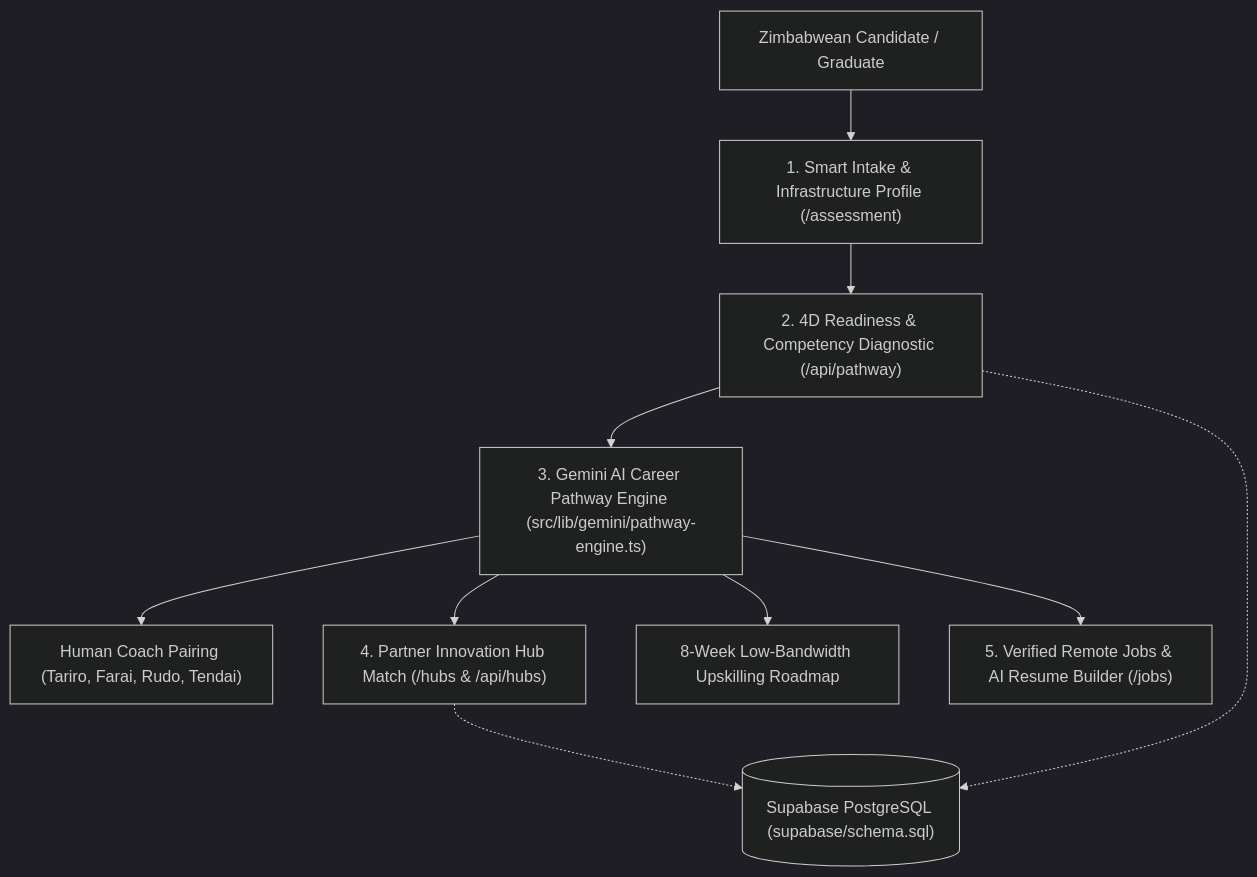
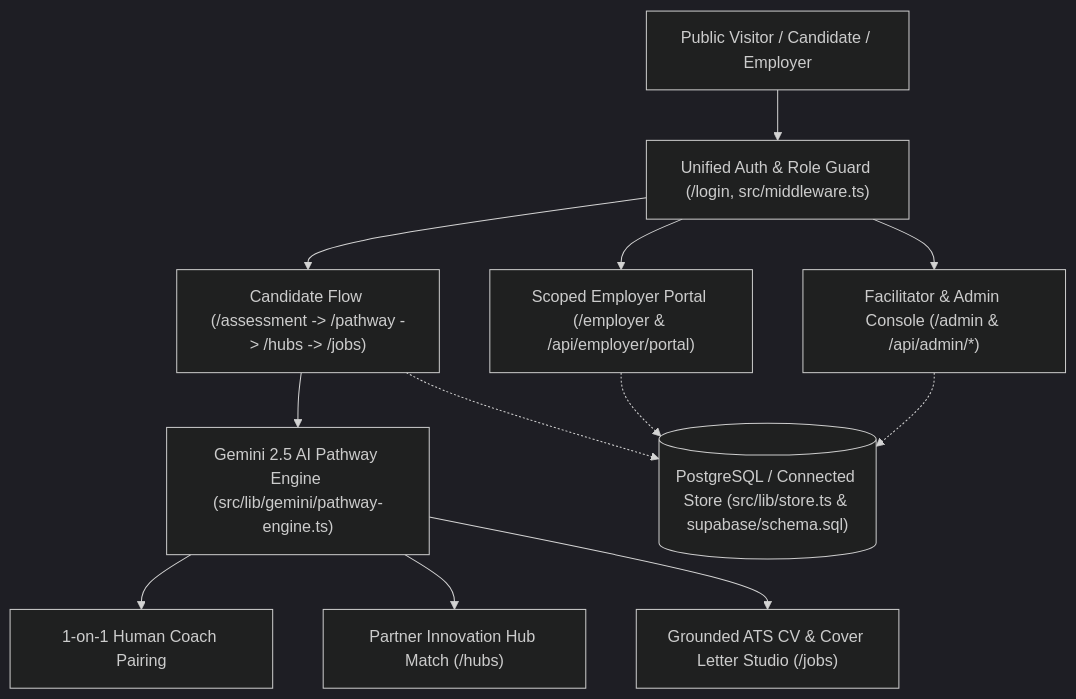
The diagram in docs/ARCHITECTURE_AND_TEAM_GUIDE.md (mangezi64/utare-zisedu-mvp), drawn with Mermaid (dark theme) before and after one commit. The commit also changed other lines of this file and 19 other files, not shown here.

````diff
--- a/docs/ARCHITECTURE_AND_TEAM_GUIDE.md
+++ b/docs/ARCHITECTURE_AND_TEAM_GUIDE.md
@@ -9,14 +9,16 @@
 ```mermaid
 flowchart TD
-    Candidate["Zimbabwean Candidate / Graduate"] --> Intake["1. Smart Intake & Infrastructure Profile (/assessment)"]
-    Intake --> Diagnostic["2. 4D Readiness & Competency Diagnostic (/api/pathway)"]
-    Diagnostic --> Engine["3. Gemini AI Career Pathway Engine (src/lib/gemini/pathway-engine.ts)"]
-    
-    Engine --> Coach["Human Coach Pairing (Tariro, Farai, Rudo, Tendai)"]
-    Engine --> Hub["4. Partner Innovation Hub Match (/hubs & /api/hubs)"]
-    Engine --> Roadmap["8-Week Low-Bandwidth Upskilling Roadmap"]
-    Engine --> Jobs["5. Verified Remote Jobs & AI Resume Builder (/jobs)"]
+    Visitor["Public Visitor / Candidate / Employer"] --> Auth["Unified Auth & Role Guard (/login, src/middleware.ts)"]
+    Auth --> CandidateFlow["Candidate Flow (/assessment -> /pathway -> /hubs -> /jobs)"]
+    Auth --> EmployerFlow["Scoped Employer Portal (/employer & /api/employer/portal)"]
+    Auth --> AdminFlow["Facilitator & Admin Console (/admin & /api/admin/*)"]
 
-    Diagnostic -.-> Supabase[("Supabase PostgreSQL (supabase/schema.sql)")]
-    Hub -.-> Supabase
+    CandidateFlow --> Engine["Gemini 2.5 AI Pathway Engine (src/lib/gemini/pathway-engine.ts)"]
+    Engine --> Coach["1-on-1 Human Coach Pairing"]
+    Engine --> Hub["Partner Innovation Hub Match (/hubs)"]
+    Engine --> Studio["Grounded ATS CV & Cover Letter Studio (/jobs)"]
+
+    CandidateFlow -.-> Store[("PostgreSQL / Connected Store (src/lib/store.ts & supabase/schema.sql)")]
+    EmployerFlow -.-> Store
+    AdminFlow -.-> Store
 ```
````
